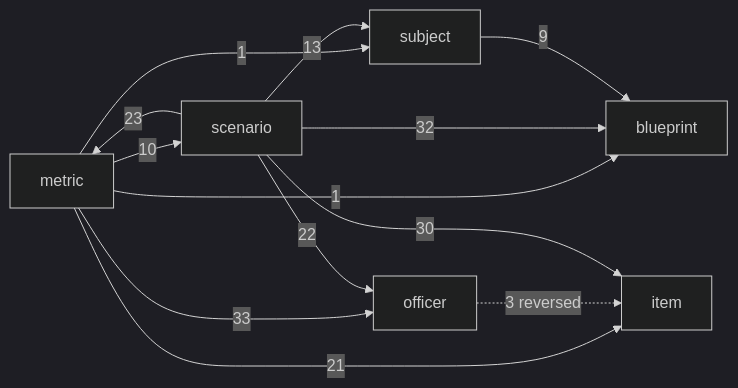
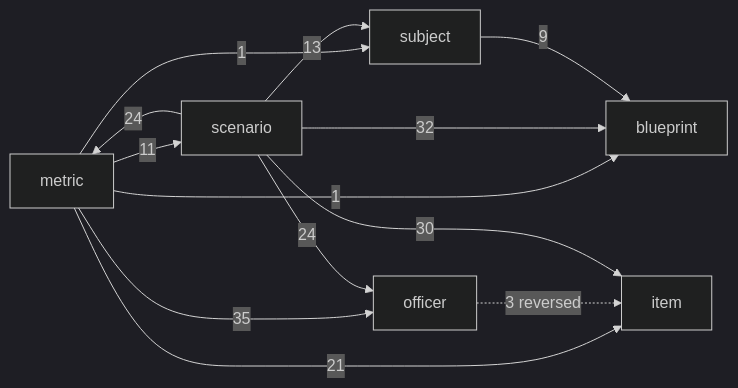
Before and after one commit to geraldmaron/tactically-idle: the diagram in docs/architecture.md, drawn with Mermaid (dark theme). The commit also changed other lines of this file and 8 other files, not shown here.

````diff
--- a/docs/architecture.md
+++ b/docs/architecture.md
@@ -40,15 +39,15 @@
 ```mermaid
 flowchart LR
   metric -->|1| blueprint
   metric -->|21| item
-  metric -->|33| officer
-  metric -->|10| scenario
+  metric -->|35| officer
+  metric -->|11| scenario
   metric -->|1| subject
   officer -.->|3 reversed| item
   scenario -->|32| blueprint
   scenario -->|30| item
-  scenario -->|23| metric
-  scenario -->|22| officer
+  scenario -->|24| metric
+  scenario -->|24| officer
   scenario -->|13| subject
   subject -->|9| blueprint
 ```
````
